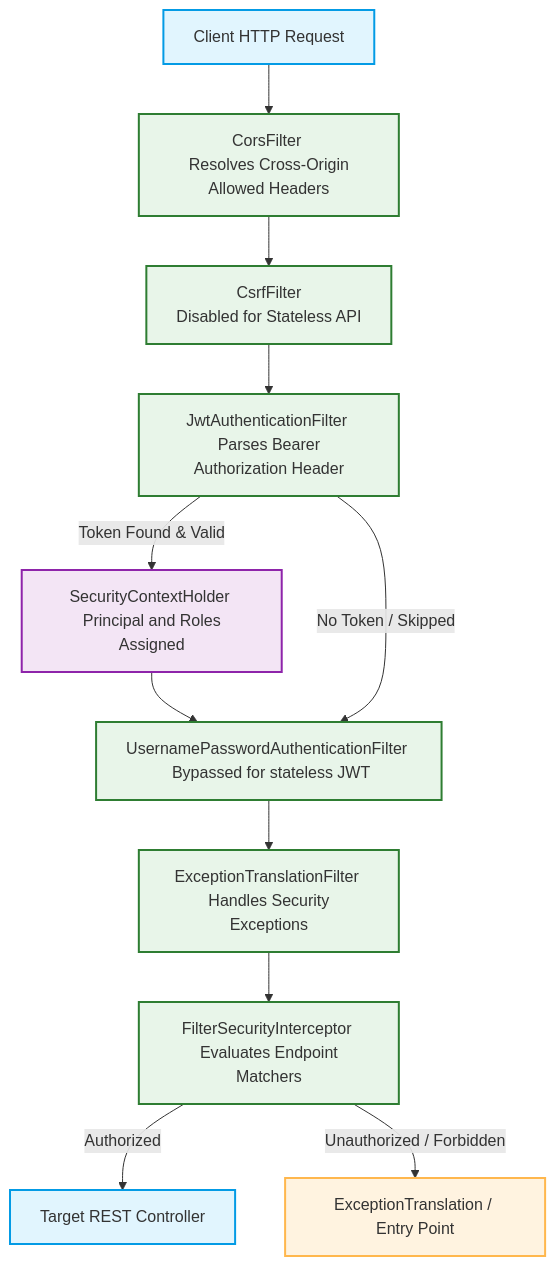
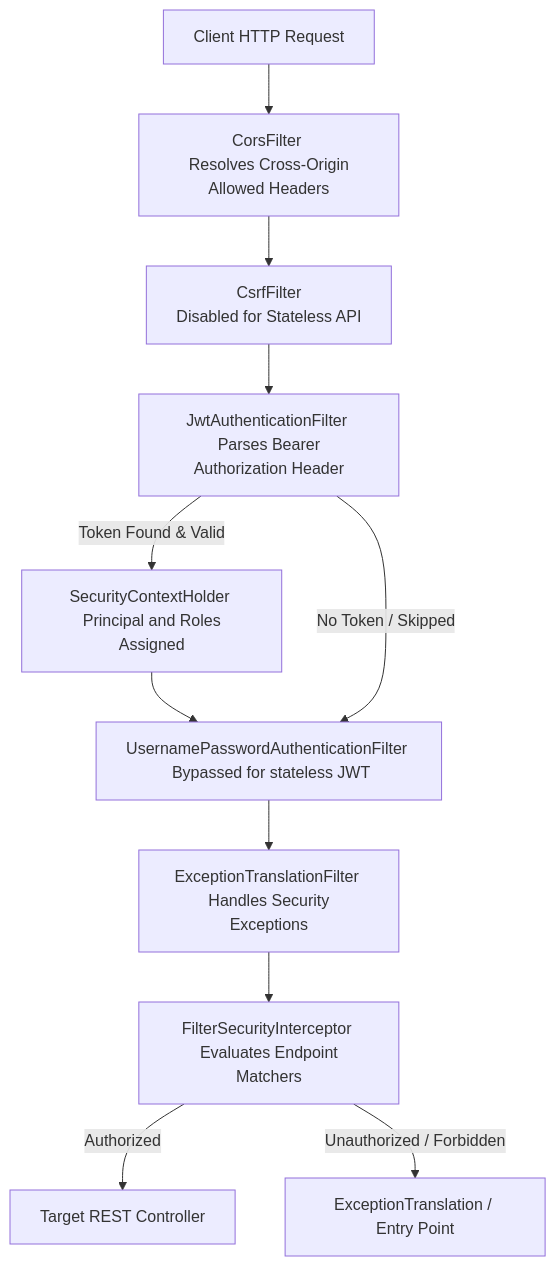
The first of 4 diagrams in docs/security_diagrams.md (Gurry-12/insurance-policy-claim-management-system), drawn with Mermaid before and after one commit. The commit also changed 3 other files, not shown here.

Commit message:
docs: Remove custom diagram style classes to support dual-theme light/dark mode

````diff
--- a/docs/security_diagrams.md
+++ b/docs/security_diagrams.md
@@ -11,35 +11,30 @@
 ```mermaid
 graph TD
-    classDef request fill:#e1f5fe,stroke:#039be5,stroke-width:2px;
-    classDef filter fill:#e8f5e9,stroke:#2e7d32,stroke-width:2px;
-    classDef handler fill:#fff3e0,stroke:#ffb74d,stroke-width:2px;
-    classDef context fill:#f3e5f5,stroke:#8e24aa,stroke-width:2px;
-
-    Req[Client HTTP Request]:::request
-    Cors[CorsFilter <br> Resolves Cross-Origin Allowed Headers]:::filter
-    Csrf[CsrfFilter <br> Disabled for Stateless API]:::filter
-    JwtAuth[JwtAuthenticationFilter <br> Parses Bearer Authorization Header]:::filter
-    UsernamePassword[UsernamePasswordAuthenticationFilter <br> Bypassed for stateless JWT]:::filter
-    ExceptionFilter[ExceptionTranslationFilter <br> Handles Security Exceptions]:::filter
-    FilterSecurity[FilterSecurityInterceptor <br> Evaluates Endpoint Matchers]:::filter
+    Req[Client HTTP Request]
+    Cors[CorsFilter <br> Resolves Cross-Origin Allowed Headers]
+    Csrf[CsrfFilter <br> Disabled for Stateless API]
+    JwtAuth[JwtAuthenticationFilter <br> Parses Bearer Authorization Header]
+    UsernamePassword[UsernamePasswordAuthenticationFilter <br> Bypassed for stateless JWT]
+    ExceptionFilter[ExceptionTranslationFilter <br> Handles Security Exceptions]
+    FilterSecurity[FilterSecurityInterceptor <br> Evaluates Endpoint Matchers]
     
-    Handler[ExceptionTranslation / Entry Point]:::handler
-    Context[SecurityContextHolder <br> Principal and Roles Assigned]:::context
-    Controller[Target REST Controller]:::request
+    Handler[ExceptionTranslation / Entry Point]
+    Context[SecurityContextHolder <br> Principal and Roles Assigned]
+    Controller[Target REST Controller]
 
     Req --> Cors
     Cors --> Csrf
     Csrf --> JwtAuth
     
     %% JWT filter behavior
     JwtAuth -->|Token Found & Valid| Context
     Context --> UsernamePassword
     JwtAuth -->|No Token / Skipped| UsernamePassword
     
     UsernamePassword --> ExceptionFilter
     ExceptionFilter --> FilterSecurity
     
     %% Access Decision
     FilterSecurity -->|Authorized| Controller
     FilterSecurity -->|Unauthorized / Forbidden| Handler
 ```
````
